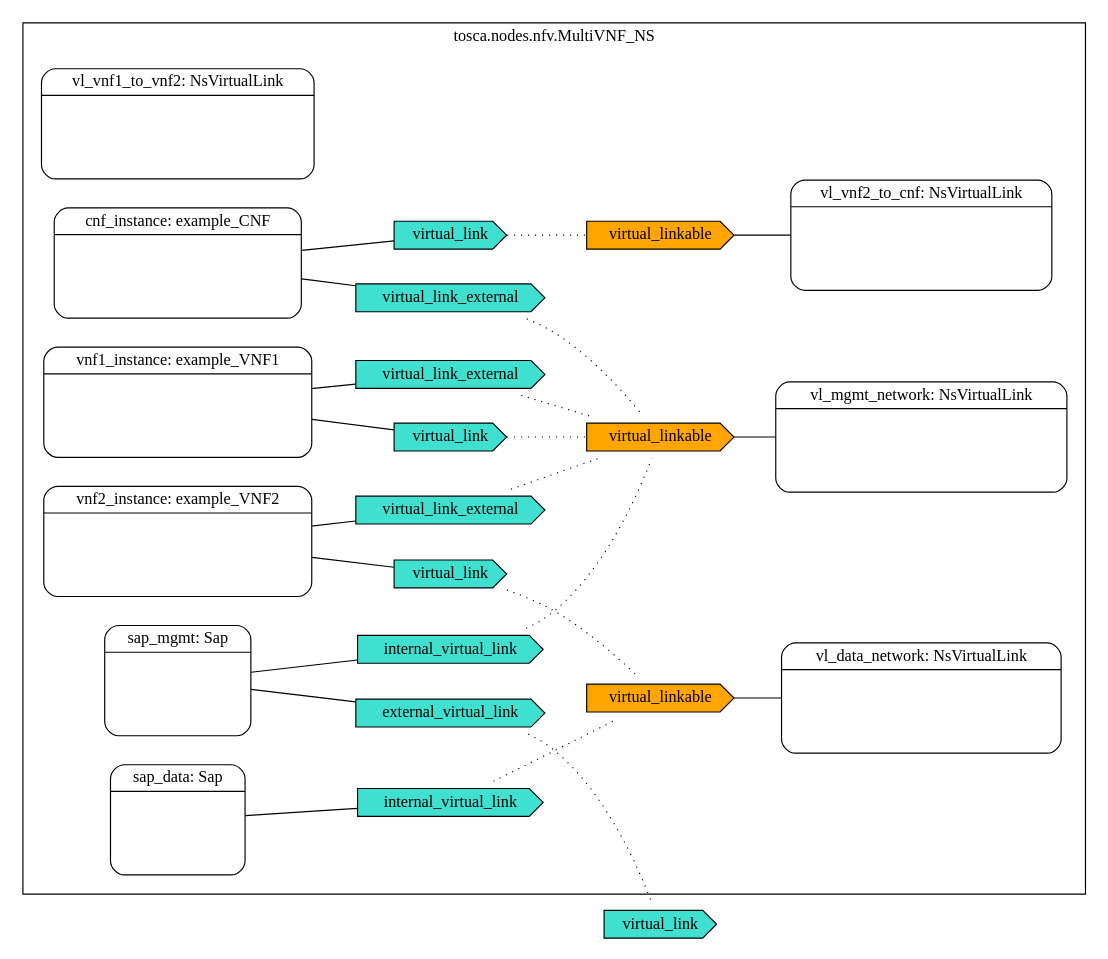
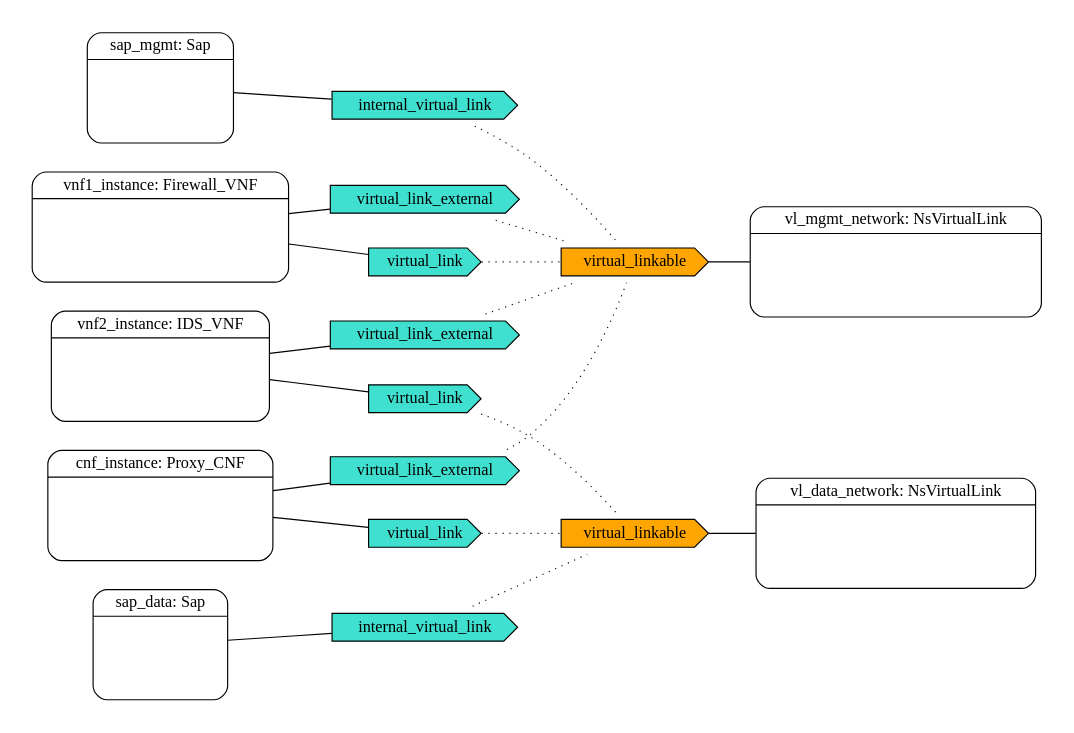
Before and after one commit to sarah202411/TOSCA_Claudnet: the diagram in Results/ToscaDiagrams/Hybrid-Network-Service.dot, drawn with Graphviz. The commit also changed 19 other files, not shown here.

```diff
--- a/Results/ToscaDiagrams/Hybrid-Network-Service.dot
+++ b/Results/ToscaDiagrams/Hybrid-Network-Service.dot
@@ -1,85 +1,66 @@
 graph ToscaDiagram {
   rankdir="LR"
-  subgraph clusterSubstitutionMappings {
-    label="tosca.nodes.nfv.MultiVNF_NS"
     subgraph clustervl_mgmt_network {
       color=white
       label=""
       vl_mgmt_network[label="vl_mgmt_network: NsVirtualLink|\l\l\l\l" shape=record style=rounded]
       vl_mgmt_network_capability_virtual_linkable[label="virtual_linkable" shape=cds style=filled fillcolor=orange]
       vl_mgmt_network_capability_virtual_linkable -- vl_mgmt_network
     }
     subgraph clustervl_data_network {
       color=white
       label=""
       vl_data_network[label="vl_data_network: NsVirtualLink|\l\l\l\l" shape=record style=rounded]
       vl_data_network_capability_virtual_linkable[label="virtual_linkable" shape=cds style=filled fillcolor=orange]
       vl_data_network_capability_virtual_linkable -- vl_data_network
     }
-    subgraph clustervl_vnf1_to_vnf2 {
-      color=white
-      label=""
-      vl_vnf1_to_vnf2[label="vl_vnf1_to_vnf2: NsVirtualLink|\l\l\l\l" shape=record style=rounded]
-    }
-    subgraph clustervl_vnf2_to_cnf {
-      color=white
-      label=""
-      vl_vnf2_to_cnf[label="vl_vnf2_to_cnf: NsVirtualLink|\l\l\l\l" shape=record style=rounded]
-      vl_vnf2_to_cnf_capability_virtual_linkable[label="virtual_linkable" shape=cds style=filled fillcolor=orange]
-      vl_vnf2_to_cnf_capability_virtual_linkable -- vl_vnf2_to_cnf
-    }
     subgraph clustervnf1_instance {
       color=white
       label=""
-      vnf1_instance[label="vnf1_instance: example_VNF1|\l\l\l\l" shape=record style=rounded]
+      vnf1_instance[label="vnf1_instance: Firewall_VNF|\l\l\l\l" shape=record style=rounded]
       vnf1_instance_requirement_virtual_link[label="virtual_link" shape=cds style=filled fillcolor=turquoise]
       vnf1_instance -- vnf1_instance_requirement_virtual_link
       vnf1_instance_requirement_virtual_link_external[label="virtual_link_external" shape=cds style=filled fillcolor=turquoise]
       vnf1_instance -- vnf1_instance_requirement_virtual_link_external
     }
     subgraph clustervnf2_instance {
       color=white
       label=""
-      vnf2_instance[label="vnf2_instance: example_VNF2|\l\l\l\l" shape=record style=rounded]
+      vnf2_instance[label="vnf2_instance: IDS_VNF|\l\l\l\l" shape=record style=rounded]
       vnf2_instance_requirement_virtual_link[label="virtual_link" shape=cds style=filled fillcolor=turquoise]
       vnf2_instance -- vnf2_instance_requirement_virtual_link
       vnf2_instance_requirement_virtual_link_external[label="virtual_link_external" shape=cds style=filled fillcolor=turquoise]
       vnf2_instance -- vnf2_instance_requirement_virtual_link_external
     }
     subgraph clustercnf_instance {
       color=white
       label=""
-      cnf_instance[label="cnf_instance: example_CNF|\l\l\l\l" shape=record style=rounded]
+      cnf_instance[label="cnf_instance: Proxy_CNF|\l\l\l\l" shape=record style=rounded]
       cnf_instance_requirement_virtual_link[label="virtual_link" shape=cds style=filled fillcolor=turquoise]
       cnf_instance -- cnf_instance_requirement_virtual_link
       cnf_instance_requirement_virtual_link_external[label="virtual_link_external" shape=cds style=filled fillcolor=turquoise]
       cnf_instance -- cnf_instance_requirement_virtual_link_external
     }
     subgraph clustersap_mgmt {
       color=white
       label=""
       sap_mgmt[label="sap_mgmt: Sap|\l\l\l\l" shape=record style=rounded]
-      sap_mgmt_requirement_external_virtual_link[label="external_virtual_link" shape=cds style=filled fillcolor=turquoise]
-      sap_mgmt -- sap_mgmt_requirement_external_virtual_link
       sap_mgmt_requirement_internal_virtual_link[label="internal_virtual_link" shape=cds style=filled fillcolor=turquoise]
       sap_mgmt -- sap_mgmt_requirement_internal_virtual_link
     }
     subgraph clustersap_data {
       color=white
       label=""
       sap_data[label="sap_data: Sap|\l\l\l\l" shape=record style=rounded]
       sap_data_requirement_internal_virtual_link[label="internal_virtual_link" shape=cds style=filled fillcolor=turquoise]
       sap_data -- sap_data_requirement_internal_virtual_link
     }
     vnf1_instance_requirement_virtual_link -- vl_mgmt_network_capability_virtual_linkable[style=dotted]
     vnf1_instance_requirement_virtual_link_external -- vl_mgmt_network_capability_virtual_linkable[style=dotted]
     vnf2_instance_requirement_virtual_link -- vl_data_network_capability_virtual_linkable[style=dotted]
     vnf2_instance_requirement_virtual_link_external -- vl_mgmt_network_capability_virtual_linkable[style=dotted]
-    cnf_instance_requirement_virtual_link -- vl_vnf2_to_cnf_capability_virtual_linkable[style=dotted]
+    cnf_instance_requirement_virtual_link -- vl_data_network_capability_virtual_linkable[style=dotted]
     cnf_instance_requirement_virtual_link_external -- vl_mgmt_network_capability_virtual_linkable[style=dotted]
     sap_mgmt_requirement_internal_virtual_link -- vl_mgmt_network_capability_virtual_linkable[style=dotted]
     sap_data_requirement_internal_virtual_link -- vl_data_network_capability_virtual_linkable[style=dotted]
-  }
-  topology_template_substitution_mappings_requirement_virtual_link[label="virtual_link" shape=cds style=filled fillcolor=turquoise]
-  sap_mgmt_requirement_external_virtual_link -- topology_template_substitution_mappings_requirement_virtual_link[style=dotted]
 }
```
